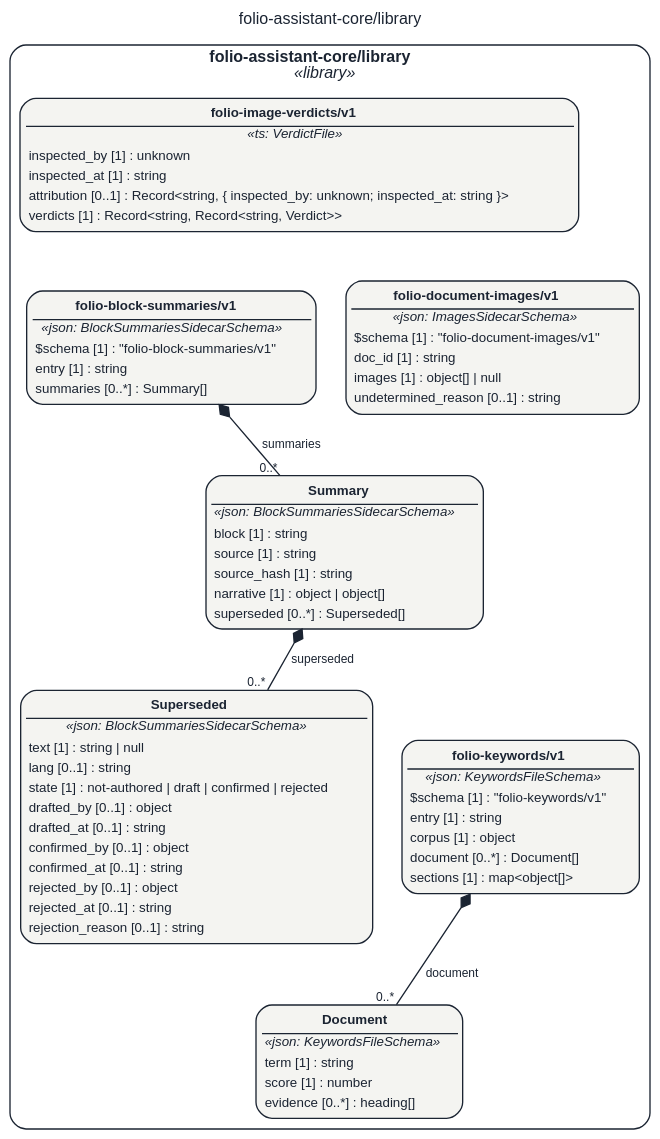
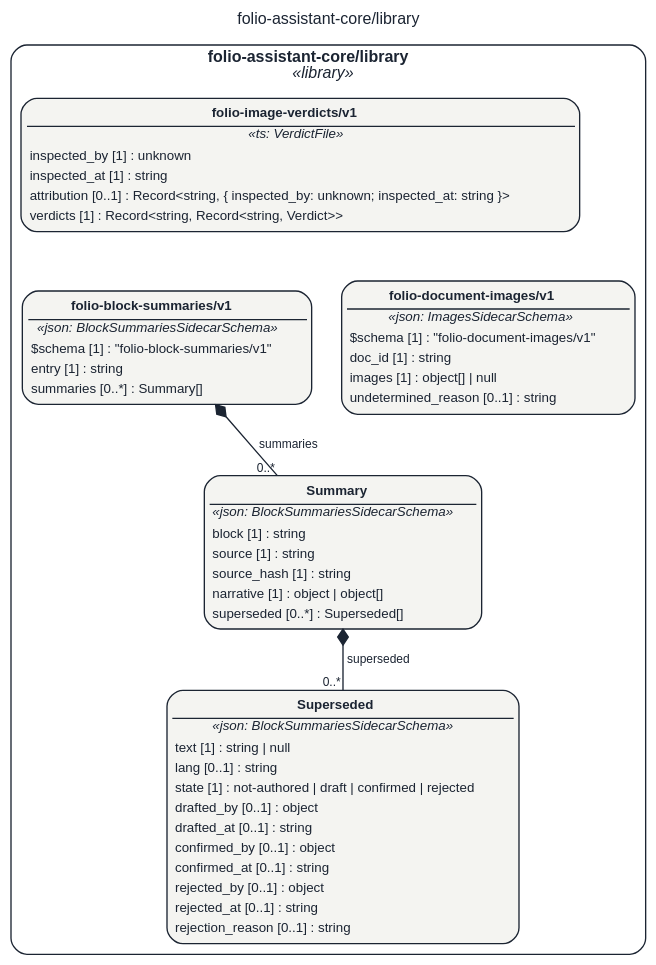
Before and after one commit to litlfred/folio-assistant: the diagram in assets/img/uml/overview/folio-assistant-core/library.dot, drawn with Graphviz. The commit also changed 43496 other files, not shown here.

```diff
--- a/assets/img/uml/overview/folio-assistant-core/library.dot
+++ b/assets/img/uml/overview/folio-assistant-core/library.dot
@@ -1,24 +1,19 @@
 // GENERATED by cat-harness-tools/scripts/gen-uml-overview.ts — do not edit.
 // Rendered page (interactive view, same model): https://litlfred.github.io/folio-assistant/uml/overview/folio-assistant-core/library.html
 digraph "folio_assistant_core_library" {
   graph [label="folio-assistant-core/library", labelloc=t, fontname="Helvetica", fontsize=12, fontcolor="#1b2432", newrank=true, ratio=auto, nodesep=0.3, ranksep=0.5, bgcolor="transparent"];
   node [shape=box, style="rounded,filled", margin=0.05, fontname="Helvetica", fontsize=10, color="#1b2432", fontcolor="#1b2432"];
   edge [color="#1b2432", fontcolor="#1b2432", fontname="Helvetica", fontsize=9];
   subgraph "cluster_pkg_folio_assistant_core_library" {
     label=<<b>folio-assistant-core/library</b><br/><i>«library»</i>>; style="rounded"; color="#1b2432"; class="fa_uml_subgraph";
     "folio_assistant_core_library_folio_document_images_v1_folio_document_images_v1" [fillcolor="#f4f4f1", class="fa_uml_kind_library", label=<<table border="0" cellborder="0" cellspacing="0" cellpadding="2"><tr><td border="1" sides="b"><b>folio-document-images/v1</b></td></tr><tr><td><i>«json: ImagesSidecarSchema»</i></td></tr><tr><td align="left">$schema [1] : &quot;folio-document-images/v1&quot;</td></tr><tr><td align="left">doc_id [1] : string</td></tr><tr><td align="left">images [1] : object[] | null</td></tr><tr><td align="left">undetermined_reason [0..1] : string</td></tr></table>>];
     "folio_assistant_core_library_folio_image_verdicts_v1" [fillcolor="#f4f4f1", class="fa_uml_kind_library", label=<<table border="0" cellborder="0" cellspacing="0" cellpadding="2"><tr><td border="1" sides="b"><b>folio-image-verdicts/v1</b></td></tr><tr><td><i>«ts: VerdictFile»</i></td></tr><tr><td align="left">inspected_by [1] : unknown</td></tr><tr><td align="left">inspected_at [1] : string</td></tr><tr><td align="left">attribution [0..1] : Record&lt;string, { inspected_by: unknown; inspected_at: string }&gt;</td></tr><tr><td align="left">verdicts [1] : Record&lt;string, Record&lt;string, Verdict&gt;&gt;</td></tr></table>>];
     "folio_assistant_core_library_folio_block_summaries_v1_Superseded" [fillcolor="#f4f4f1", class="fa_uml_kind_library", label=<<table border="0" cellborder="0" cellspacing="0" cellpadding="2"><tr><td border="1" sides="b"><b>Superseded</b></td></tr><tr><td><i>«json: BlockSummariesSidecarSchema»</i></td></tr><tr><td align="left">text [1] : string | null</td></tr><tr><td align="left">lang [0..1] : string</td></tr><tr><td align="left">state [1] : not-authored | draft | confirmed | rejected</td></tr><tr><td align="left">drafted_by [0..1] : object</td></tr><tr><td align="left">drafted_at [0..1] : string</td></tr><tr><td align="left">confirmed_by [0..1] : object</td></tr><tr><td align="left">confirmed_at [0..1] : string</td></tr><tr><td align="left">rejected_by [0..1] : object</td></tr><tr><td align="left">rejected_at [0..1] : string</td></tr><tr><td align="left">rejection_reason [0..1] : string</td></tr></table>>];
     "folio_assistant_core_library_folio_block_summaries_v1_Summary" [fillcolor="#f4f4f1", class="fa_uml_kind_library", label=<<table border="0" cellborder="0" cellspacing="0" cellpadding="2"><tr><td border="1" sides="b"><b>Summary</b></td></tr><tr><td><i>«json: BlockSummariesSidecarSchema»</i></td></tr><tr><td align="left">block [1] : string</td></tr><tr><td align="left">source [1] : string</td></tr><tr><td align="left">source_hash [1] : string</td></tr><tr><td align="left">narrative [1] : object | object[]</td></tr><tr><td align="left">superseded [0..*] : Superseded[]</td></tr></table>>];
     "folio_assistant_core_library_folio_block_summaries_v1_folio_block_summaries_v1" [fillcolor="#f4f4f1", class="fa_uml_kind_library", label=<<table border="0" cellborder="0" cellspacing="0" cellpadding="2"><tr><td border="1" sides="b"><b>folio-block-summaries/v1</b></td></tr><tr><td><i>«json: BlockSummariesSidecarSchema»</i></td></tr><tr><td align="left">$schema [1] : &quot;folio-block-summaries/v1&quot;</td></tr><tr><td align="left">entry [1] : string</td></tr><tr><td align="left">summaries [0..*] : Summary[]</td></tr></table>>];
-    "folio_assistant_core_library_folio_keywords_v1_Document" [fillcolor="#f4f4f1", class="fa_uml_kind_library", label=<<table border="0" cellborder="0" cellspacing="0" cellpadding="2"><tr><td border="1" sides="b"><b>Document</b></td></tr><tr><td><i>«json: KeywordsFileSchema»</i></td></tr><tr><td align="left">term [1] : string</td></tr><tr><td align="left">score [1] : number</td></tr><tr><td align="left">evidence [0..*] : heading[]</td></tr></table>>];
-    "folio_assistant_core_library_folio_keywords_v1_folio_keywords_v1" [fillcolor="#f4f4f1", class="fa_uml_kind_library", label=<<table border="0" cellborder="0" cellspacing="0" cellpadding="2"><tr><td border="1" sides="b"><b>folio-keywords/v1</b></td></tr><tr><td><i>«json: KeywordsFileSchema»</i></td></tr><tr><td align="left">$schema [1] : &quot;folio-keywords/v1&quot;</td></tr><tr><td align="left">entry [1] : string</td></tr><tr><td align="left">corpus [1] : object</td></tr><tr><td align="left">document [0..*] : Document[]</td></tr><tr><td align="left">sections [1] : map&lt;object[]&gt;</td></tr></table>>];
   }
   "folio_assistant_core_library_folio_block_summaries_v1_Summary" -> "folio_assistant_core_library_folio_block_summaries_v1_Superseded" [dir=both, arrowtail=diamond, arrowhead=none, label="superseded", headlabel="0..*", class="fa_uml_composition"];
   "folio_assistant_core_library_folio_block_summaries_v1_folio_block_summaries_v1" -> "folio_assistant_core_library_folio_block_summaries_v1_Summary" [dir=both, arrowtail=diamond, arrowhead=none, label="summaries", headlabel="0..*", class="fa_uml_composition"];
-  "folio_assistant_core_library_folio_keywords_v1_folio_keywords_v1" -> "folio_assistant_core_library_folio_keywords_v1_Document" [dir=both, arrowtail=diamond, arrowhead=none, label="document", headlabel="0..*", class="fa_uml_composition"];
   "folio_assistant_core_library_folio_document_images_v1_folio_document_images_v1" -> "folio_assistant_core_library_folio_block_summaries_v1_Summary" [style=invis, class="kg-graph-anchor"];
   "folio_assistant_core_library_folio_image_verdicts_v1" -> "folio_assistant_core_library_folio_block_summaries_v1_folio_block_summaries_v1" [style=invis, class="kg-graph-anchor"];
-  "folio_assistant_core_library_folio_block_summaries_v1_Superseded" -> "folio_assistant_core_library_folio_keywords_v1_Document" [style=invis, class="kg-graph-anchor"];
-  "folio_assistant_core_library_folio_block_summaries_v1_Summary" -> "folio_assistant_core_library_folio_keywords_v1_folio_keywords_v1" [style=invis, class="kg-graph-anchor"];
 }
```
